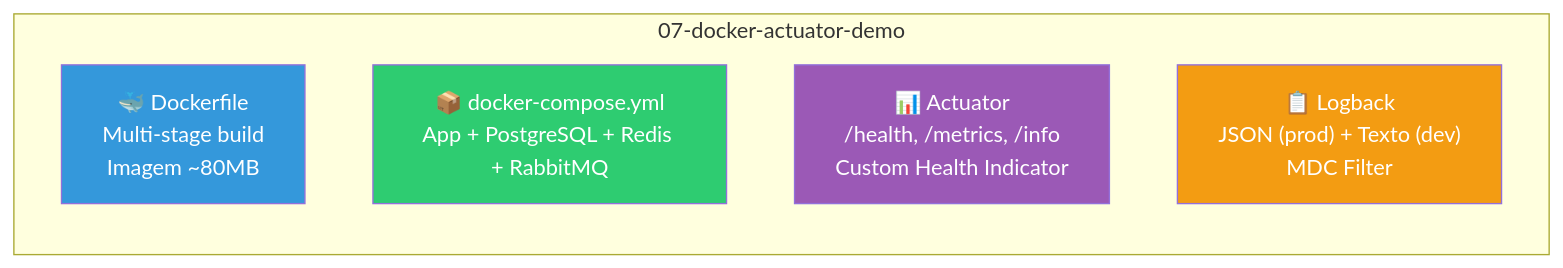
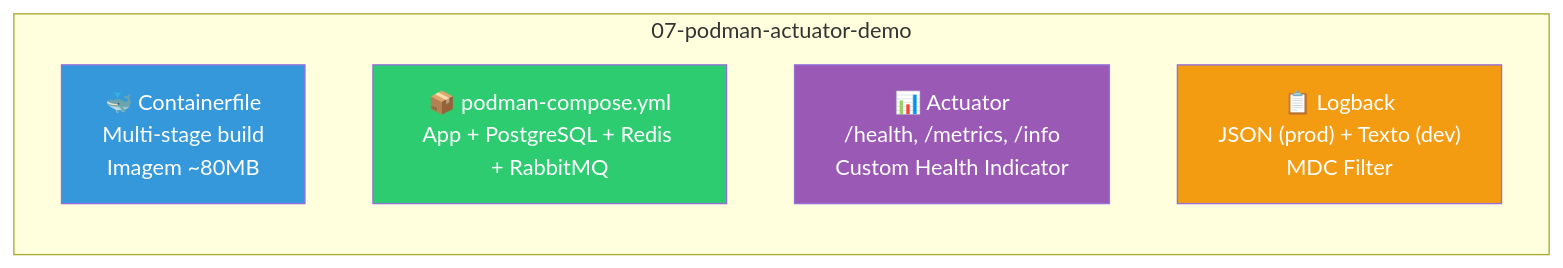
One commit to deusemarjunior/trein-java-intermed changed the diagram in dia-07/slide-10.md. Above: the diagram before and after it, drawn with Mermaid. The commit also changed other lines of this file and 100 other files, not shown here.

Commit message:
removendo docker adicionando podman

````diff
--- a/dia-07/slide-10.md
+++ b/dia-07/slide-10.md
@@ -11,15 +11,15 @@
 ```mermaid
 graph TB
-    subgraph "07-docker-actuator-demo"
+    subgraph "07-podman-actuator-demo"
         direction TB
-        DOCKER["🐳 Dockerfile<br/>Multi-stage build<br/>Imagem ~80MB"]
-        COMPOSE["📦 docker-compose.yml<br/>App + PostgreSQL + Redis + RabbitMQ"]
+        PODMAN["🐳 Containerfile<br/>Multi-stage build<br/>Imagem ~80MB"]
+        COMPOSE["📦 podman-compose.yml<br/>App + PostgreSQL + Redis + RabbitMQ"]
         ACTUATOR["📊 Actuator<br/>/health, /metrics, /info<br/>Custom Health Indicator"]
         LOGS["📋 Logback<br/>JSON (prod) + Texto (dev)<br/>MDC Filter"]
     end
 
-    style DOCKER fill:#3498db,color:#fff
+    style PODMAN fill:#3498db,color:#fff
     style COMPOSE fill:#2ecc71,color:#fff
     style ACTUATOR fill:#9b59b6,color:#fff
     style LOGS fill:#f39c12,color:#fff
 ```
````
